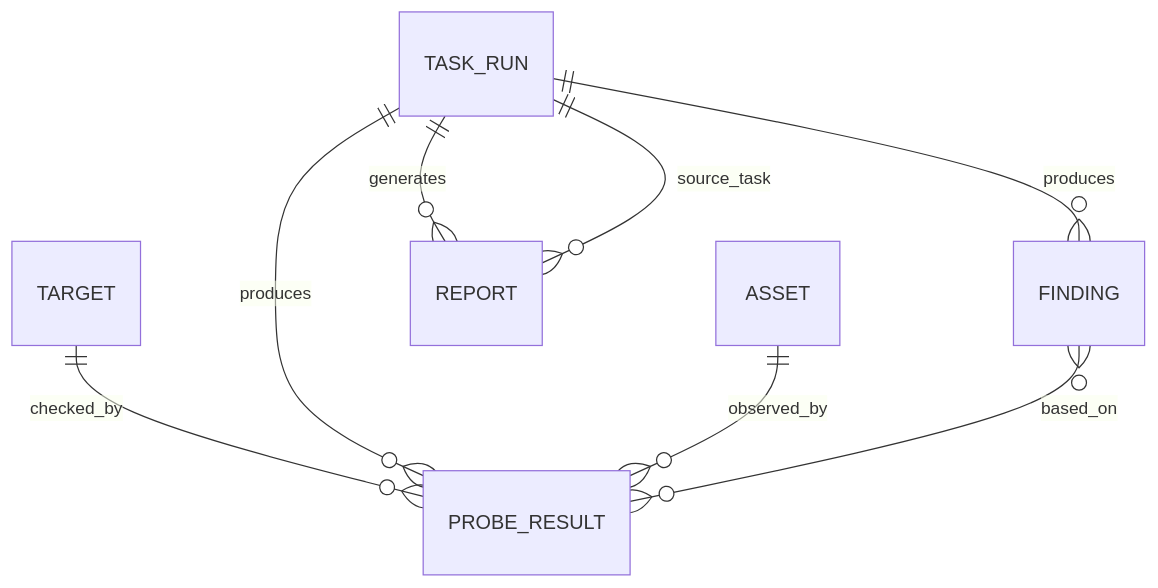
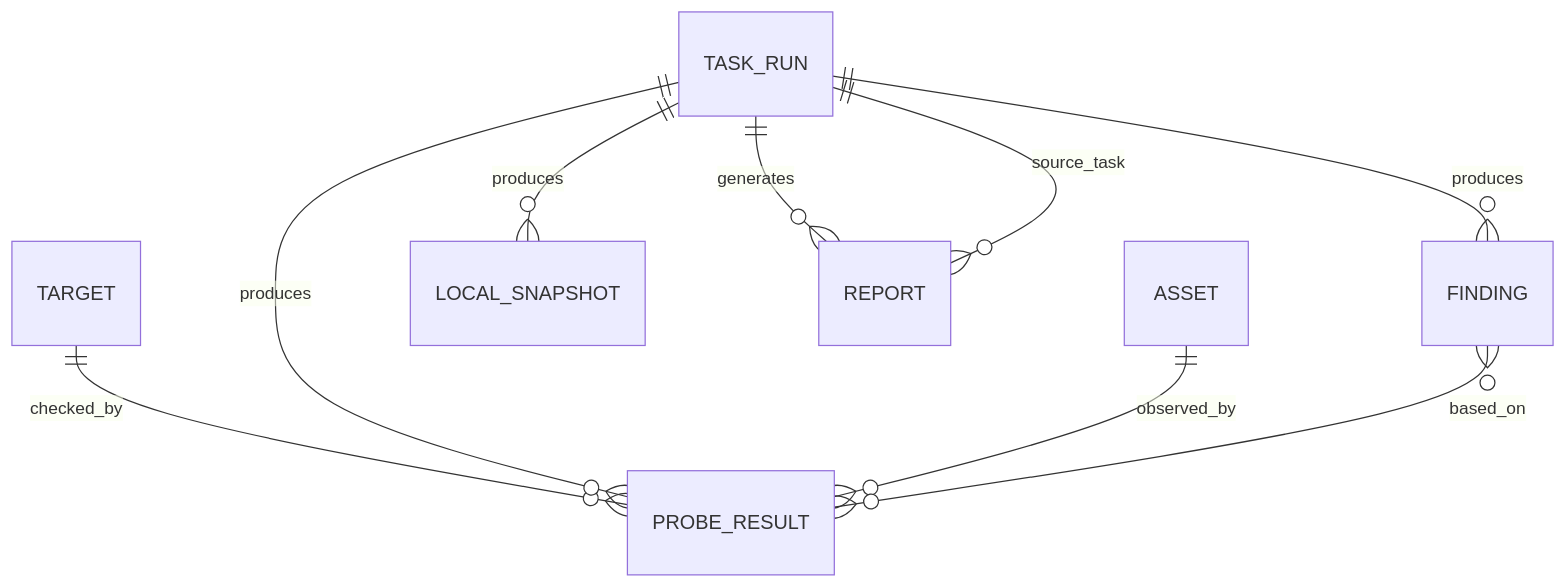
Before and after one commit to XD06/it-ops-toolkit: the diagram in docs/data-model.md, drawn with Mermaid. The commit also changed other lines of this file and 12 other files, not shown here.

````diff
--- a/docs/data-model.md
+++ b/docs/data-model.md
@@ -11,10 +11,11 @@
 ```mermaid
 erDiagram
     TARGET ||--o{ PROBE_RESULT : checked_by
     TASK_RUN ||--o{ PROBE_RESULT : produces
     TASK_RUN ||--o{ FINDING : produces
+    TASK_RUN ||--o{ LOCAL_SNAPSHOT : produces
     TASK_RUN ||--o{ REPORT : generates
     ASSET ||--o{ PROBE_RESULT : observed_by
     FINDING }o--o{ PROBE_RESULT : based_on
     REPORT }o--|| TASK_RUN : source_task
 ```
````
